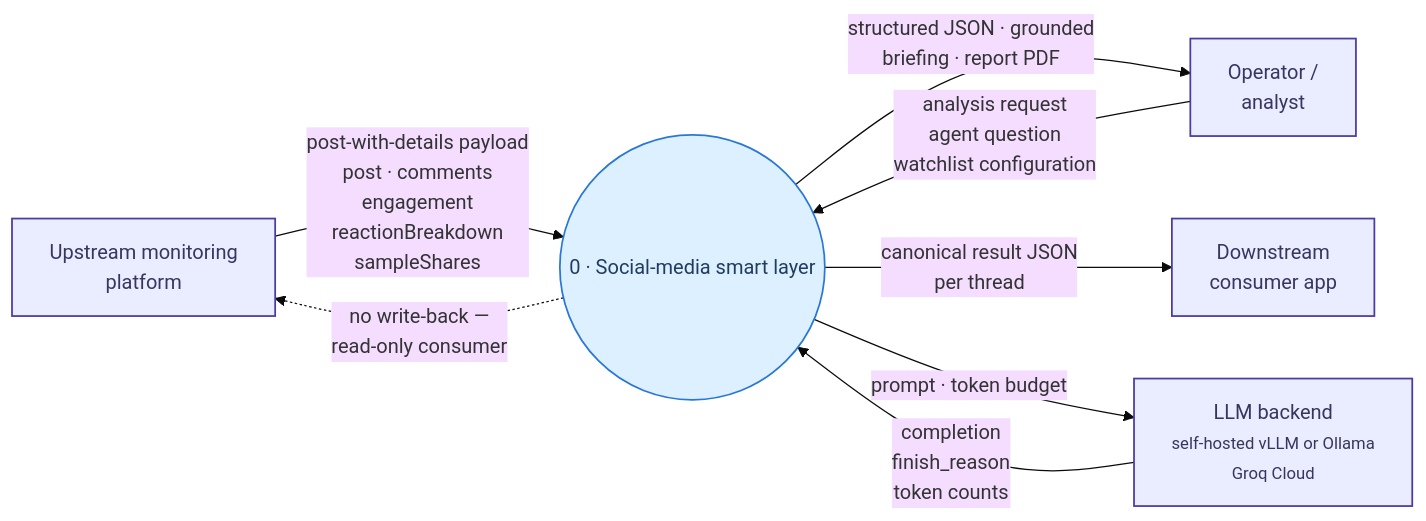
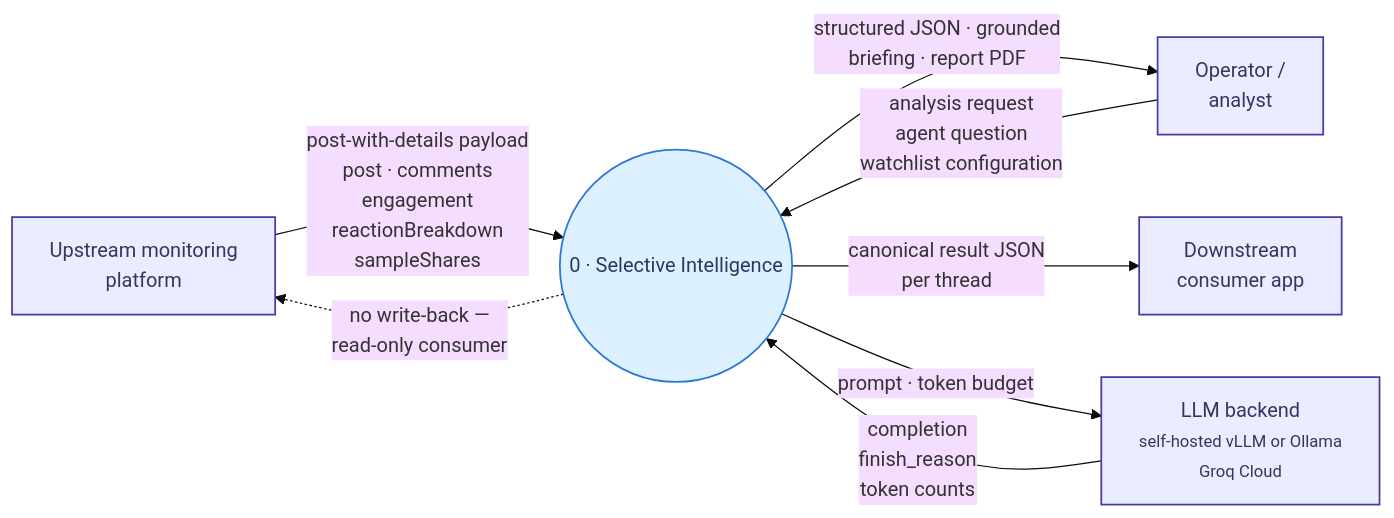
The diagram in paper/diagrams/fig-dfd0.mmd (Bishwajit-2810/Defense), drawn with Mermaid (base theme) before and after one commit. The commit also changed 41 other files, not shown here.

Commit message:
selective intelligence

```diff
--- a/paper/diagrams/fig-dfd0.mmd
+++ b/paper/diagrams/fig-dfd0.mmd
@@ -1,20 +1,20 @@
 graph LR
     Up["Upstream monitoring<br/>platform"]
     Op["Operator /<br/>analyst"]
-    P(("0 · Social-media smart layer"))
+    P(("0 · Selective Intelligence"))
     Down["Downstream<br/>consumer app"]
     Backend["LLM backend<br/><small>self-hosted vLLM or Ollama<br/>Groq Cloud</small>"]
 
     Up -- "post-with-details payload<br/>post · comments<br/>engagement<br/>reactionBreakdown<br/>sampleShares" --> P
     P -. "no write-back —<br/>read-only consumer" .-> Up
     Op -- "analysis request<br/>agent question<br/>watchlist configuration" --> P
     P -- "structured JSON · grounded<br/>briefing · report PDF" --> Op
     P -- "canonical result JSON<br/>per thread" --> Down
     P -- "prompt · token budget" --> Backend
     Backend -- "completion<br/>finish_reason<br/>token counts" --> P
 
     class Up,Op,Down,Backend entry
     class P svc
 
     classDef entry fill:#eaecff,stroke:#4a3aa7,stroke-width:1.4px,color:#373660
     classDef svc fill:#ddf0ff,stroke:#2a78d6,stroke-width:1.4px,color:#203d61
```
